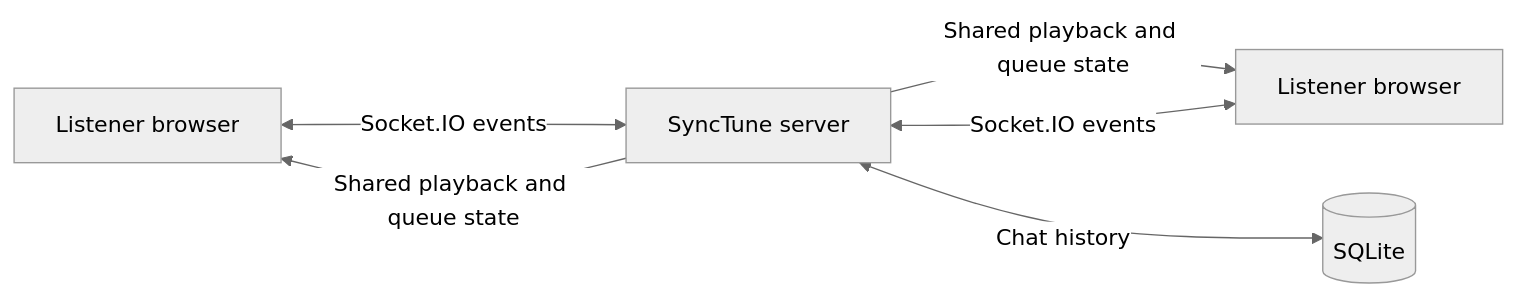
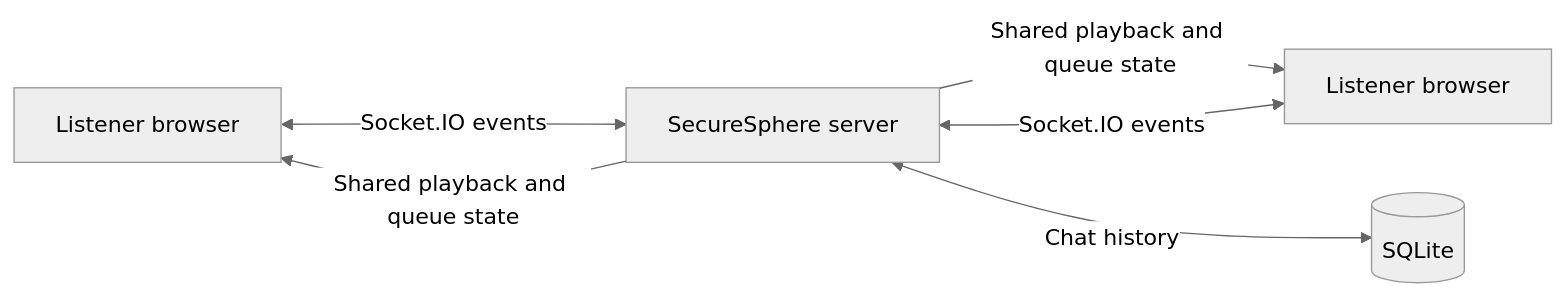
Before and after one commit to sphereofrupayan/SecureSphere: the diagram in README.md, drawn with Mermaid (neutral theme). The commit also changed other lines of this file and 7 other files, not shown here.

Commit message:
Rebrand app as SecureSphere

````diff
--- a/README.md
+++ b/README.md
@@ -39,8 +39,8 @@
 ```mermaid
 flowchart LR
-    A[Listener browser] <-->|Socket.IO events| S[SyncTune server]
+    A[Listener browser] <-->|Socket.IO events| S[SecureSphere server]
     B[Listener browser] <-->|Socket.IO events| S
     S -->|Shared playback and queue state| A
     S -->|Shared playback and queue state| B
     S <-->|Chat history| D[(SQLite)]
 ```
````
